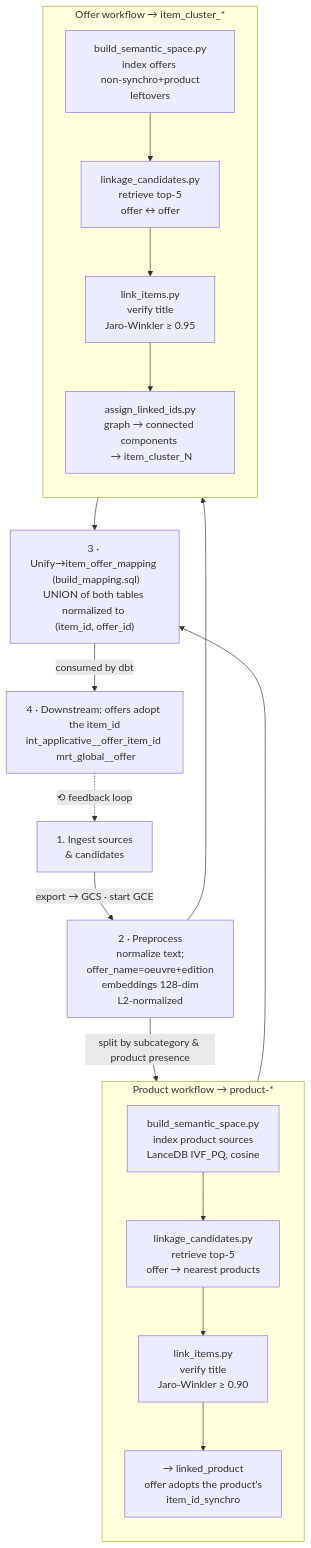
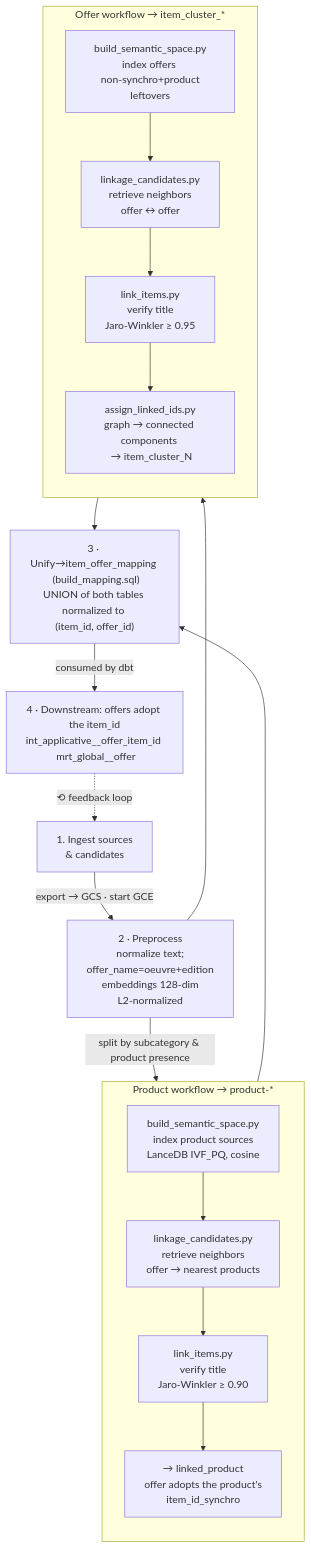
The diagram in jobs/ml_jobs/item_linkage/README.md (pass-culture/data-gcp), drawn with Mermaid before and after one commit. The commit also changed other lines of this file and 3 other files, not shown here.

````diff
--- a/jobs/ml_jobs/item_linkage/README.md
+++ b/jobs/ml_jobs/item_linkage/README.md
@@ -103,28 +103,28 @@
 ```mermaid
 flowchart TD
     ingest["1. Ingest sources <br/> & candidates"]
     ingest -->|export → GCS · start GCE| pre["2 · Preprocess <br/>normalize text; <br/>offer_name=oeuvre+edition<br/>embeddings 128-dim <br/> L2-normalized"]
     pre -->|split by subcategory & product presence| prod0
     pre --> off0
 
     subgraph P [Product workflow → product-*]
         direction TB
         prod0["build_semantic_space.py<br/>index product sources <br/> LanceDB IVF_PQ, cosine"]
-        prod0 --> prod1["linkage_candidates.py<br/>retrieve top-5 <br/> offer → nearest products"]
+        prod0 --> prod1["linkage_candidates.py<br/>retrieve neighbors <br/> offer → nearest products"]
         prod1 --> prod2["link_items.py<br/>verify title <br/> Jaro-Winkler ≥ 0.90"]
         prod2 --> prod3["→ linked_product<br/>offer adopts the product's <br/> item_id_synchro"]
     end
 
     subgraph O [Offer workflow → item_cluster_*]
         direction TB
         off0["build_semantic_space.py<br/>index offers <br/> non-synchro+product leftovers"]
-        off0 --> off1["linkage_candidates.py<br/>retrieve top-5 <br/> offer ↔ offer"]
+        off0 --> off1["linkage_candidates.py<br/>retrieve neighbors <br/> offer ↔ offer"]
         off1 --> off2["link_items.py<br/>verify title <br/> Jaro-Winkler ≥ 0.95"]
         off2 --> off3["assign_linked_ids.py<br/>graph → connected components <br/> → item_cluster_N"]
     end
 
     prod3 --> unify["3 · Unify→item_offer_mapping <br/> (build_mapping.sql)<br/>UNION of both tables <br/> normalized to  <br/>(item_id, offer_id)"]
     off3 --> unify
     unify -->|consumed by dbt| down["4 · Downstream: offers adopt <br/>the item_id<br/>int_applicative__offer_item_id <br/> mrt_global__offer"]
     down -.->|⟲ feedback loop| ingest
 ```
````
